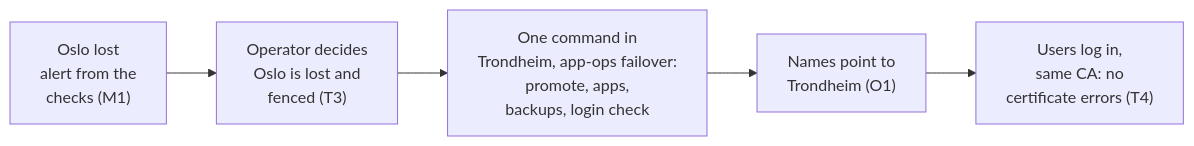
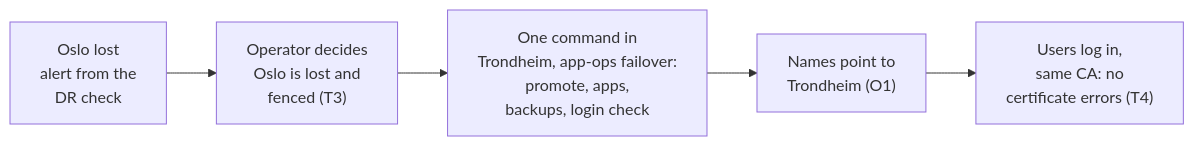
Before and after one commit to gunstein/podman_test: the second of 2 diagrams in docs/TARGET-PICTURE.md, drawn with Mermaid. The commit also changed other lines of this file and 11 other files, not shown here.

````diff
--- a/docs/TARGET-PICTURE.md
+++ b/docs/TARGET-PICTURE.md
@@ -44,7 +44,7 @@
 ```mermaid
 flowchart LR
-  a["Oslo lost<br>alert from the<br>checks (M1)"] --> b["Operator decides<br>Oslo is lost and<br>fenced (T3)"]
+  a["Oslo lost<br>alert from the<br>DR check"] --> b["Operator decides<br>Oslo is lost and<br>fenced (T3)"]
   b --> c["One command in<br>Trondheim, app-ops failover:<br>promote, apps,<br>backups, login check"]
   c --> d["Names point to<br>Trondheim (O1)"]
   d --> e["Users log in,<br>same CA: no<br>certificate errors (T4)"]
 ```
````
